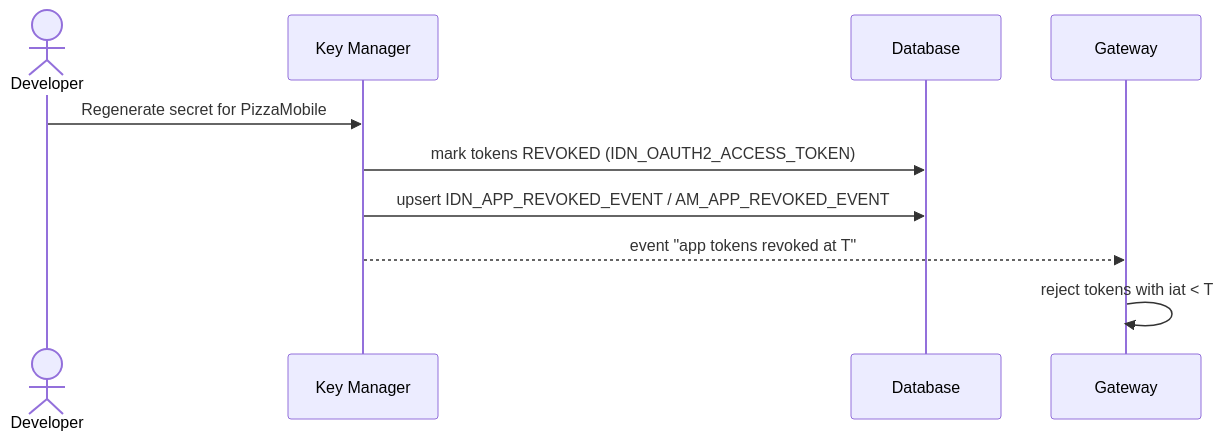
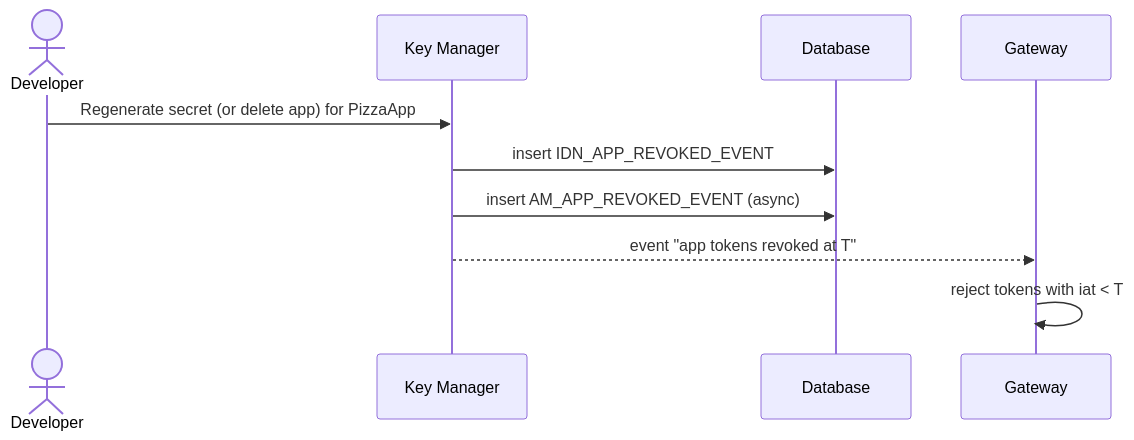
Before and after one commit to SaviNimz/apim-db-docs: the second of 2 diagrams in docs/apim-4/flows/12-revocation-and-delete.md, drawn with Mermaid. The commit also changed other lines of this file and 55 other files, not shown here.

First line of the commit message:
Verify all core flows against running 3.2.0 and 4.7.0 servers

````diff
--- a/docs/apim-4/flows/12-revocation-and-delete.md
+++ b/docs/apim-4/flows/12-revocation-and-delete.md
@@ -29,12 +45,12 @@
 ```mermaid
 sequenceDiagram
     actor Dev as Developer
     participant KM as Key Manager
     participant DB as Database
     participant GW as Gateway
-    Dev->>KM: Regenerate secret for PizzaMobile
-    KM->>DB: mark tokens REVOKED (IDN_OAUTH2_ACCESS_TOKEN)
-    KM->>DB: upsert IDN_APP_REVOKED_EVENT / AM_APP_REVOKED_EVENT
+    Dev->>KM: Regenerate secret (or delete app) for PizzaApp
+    KM->>DB: insert IDN_APP_REVOKED_EVENT
+    KM->>DB: insert AM_APP_REVOKED_EVENT (async)
     KM-->>GW: event "app tokens revoked at T"
     GW->>GW: reject tokens with iat < T
 ```
````
